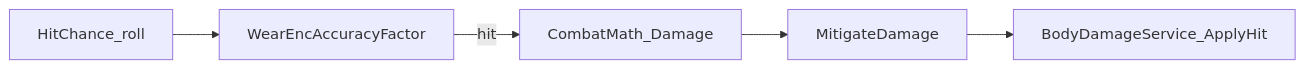
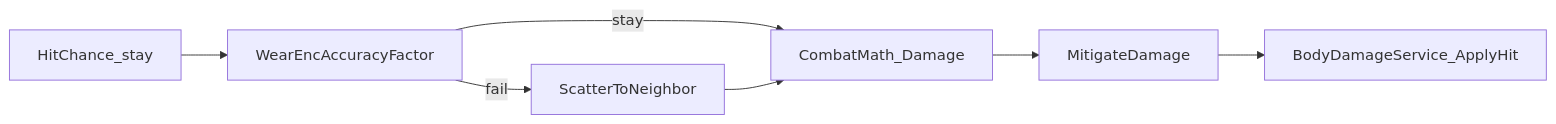
Before and after one commit to garunnir/Project_Pictureless: the third of 7 diagrams in docs/equipment/GEAR.md, drawn with Mermaid. The commit also changed other lines of this file and 19 other files, not shown here.

````diff
--- a/docs/equipment/GEAR.md
+++ b/docs/equipment/GEAR.md
@@ -291,12 +305,15 @@
 ```mermaid
 flowchart LR
-  hit[HitChance_roll]
+  stay[HitChance_stay]
   enc[WearEncAccuracyFactor]
+  scatter[ScatterToNeighbor]
   raw[CombatMath_Damage]
   mit[MitigateDamage]
   apply[BodyDamageService_ApplyHit]
-  hit --> enc
-  enc -->|hit| raw
+  stay --> enc
+  enc -->|stay| raw
+  enc -->|fail| scatter
+  scatter --> raw
   raw --> mit
   mit --> apply
 ```
````
